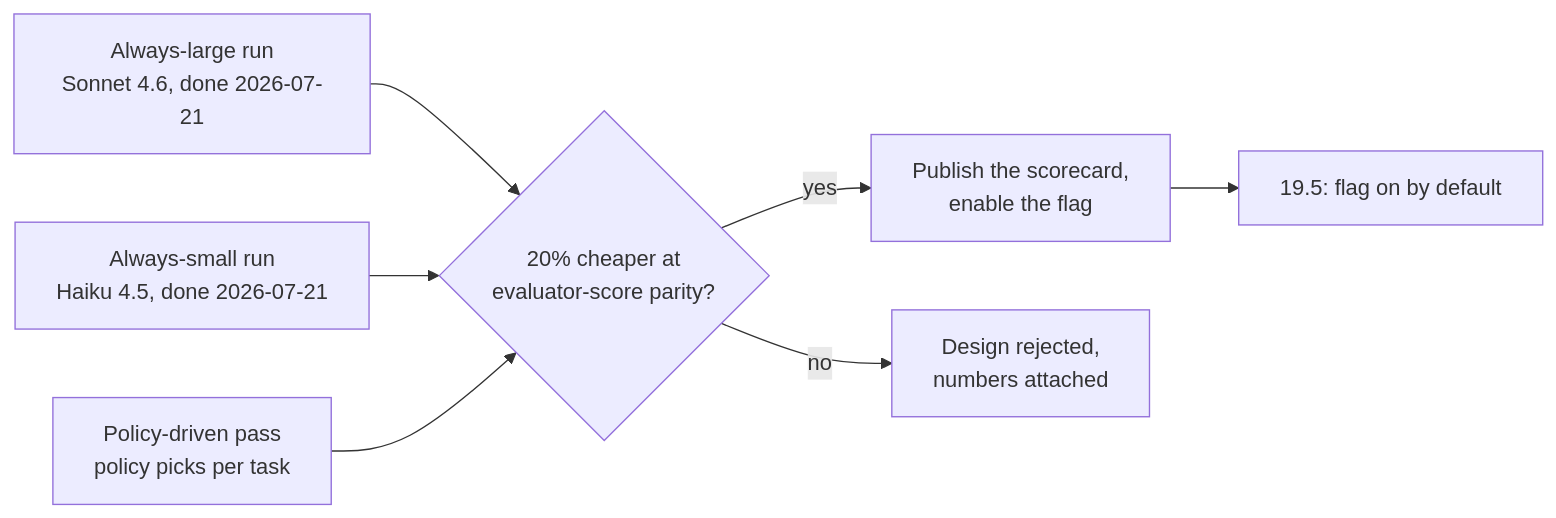
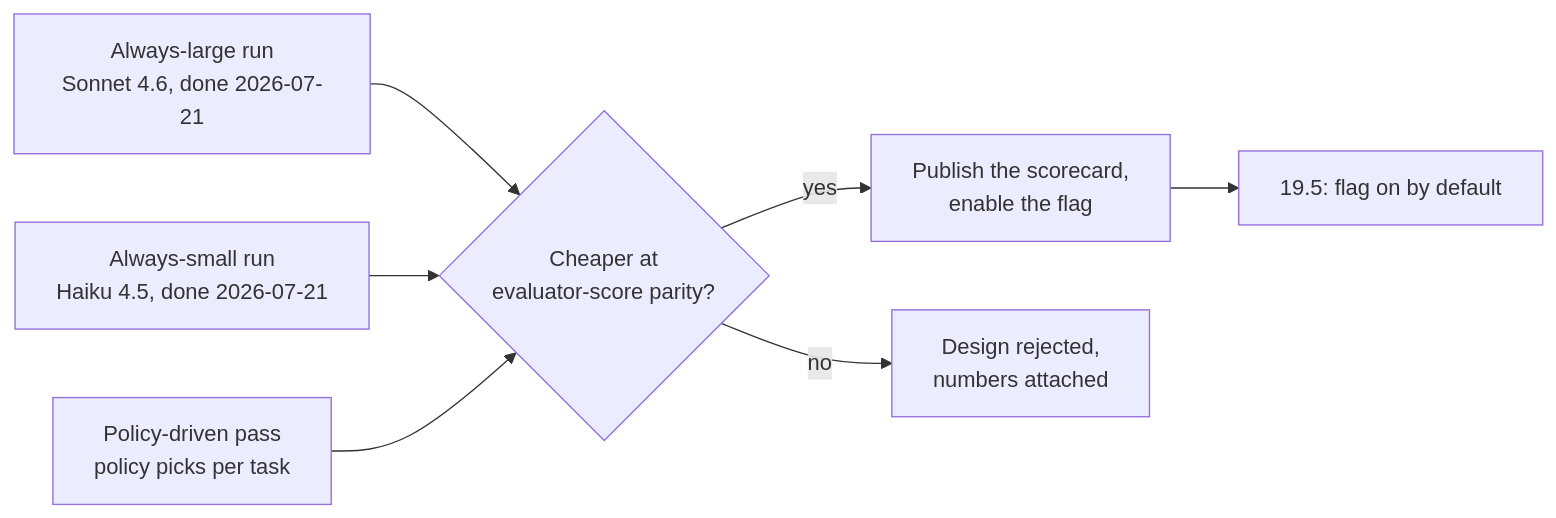
The sixth of 6 diagrams in docs/model_routing/index.md (movax01h/ai-gateway), drawn with Mermaid before and after one commit. The commit also changed other lines of this file and 2 other files, not shown here.

````diff
--- a/docs/model_routing/index.md
+++ b/docs/model_routing/index.md
@@ -340,10 +340,10 @@
 ```mermaid
 flowchart LR
     A[Always-large run<br/>Sonnet 4.6, done 2026-07-21] --> G
     B[Always-small run<br/>Haiku 4.5, done 2026-07-21] --> G
     C[Policy-driven pass<br/>policy picks per task] --> G
-    G{20% cheaper at<br/>evaluator-score parity?}
+    G{Cheaper at<br/>evaluator-score parity?}
     G -- yes --> H[Publish the scorecard,<br/>enable the flag]
     H --> I[19.5: flag on by default]
     G -- no --> J[Design rejected,<br/>numbers attached]
 ```
````
